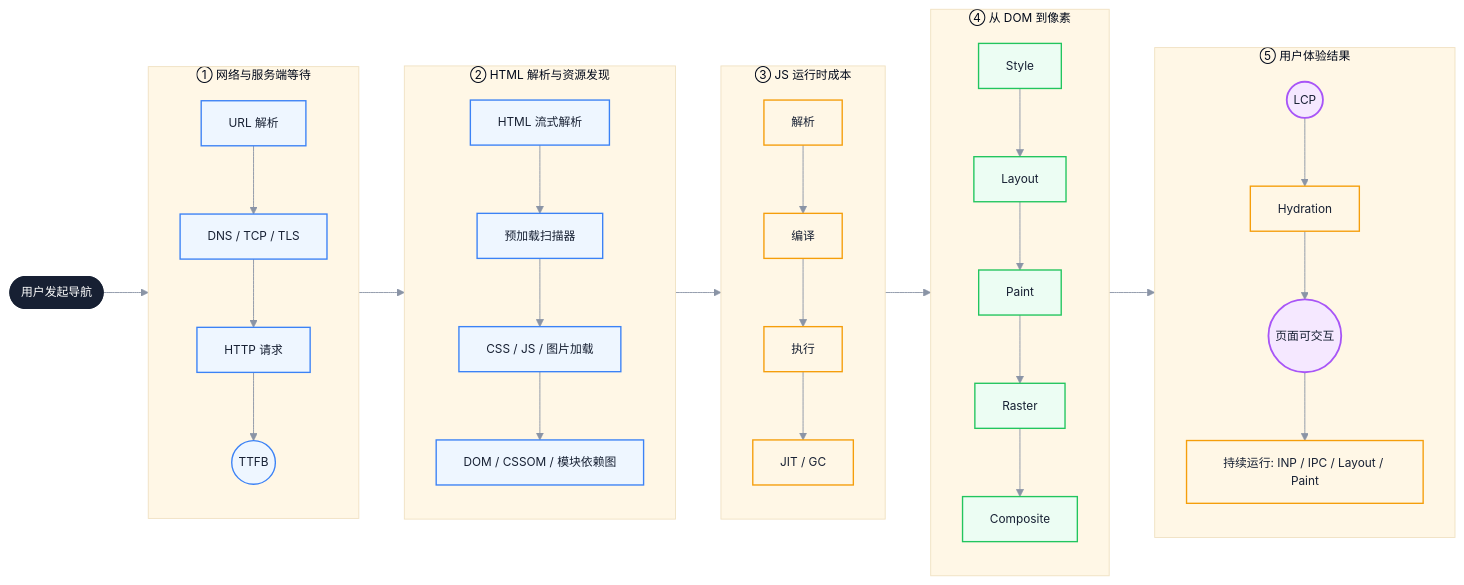
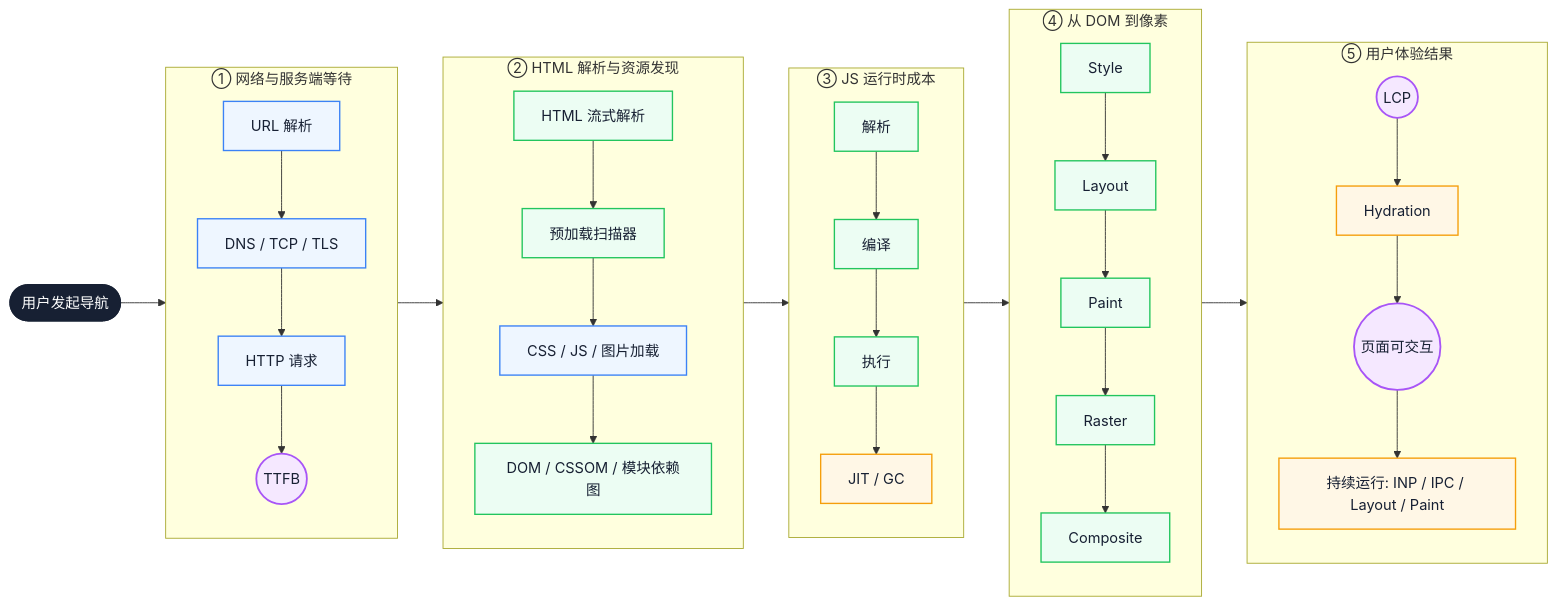
One commit to Fatejian/frontier-vault changed the first of 3 diagrams in docs/performance/critical-path.md. Above: the diagram before and after it, drawn with Mermaid. The commit also changed other lines of this file and 41 other files, not shown here.

````diff
--- a/docs/performance/critical-path.md
+++ b/docs/performance/critical-path.md
@@ -70,66 +64,64 @@
 ```mermaid
-%%{init: {'theme': 'base', 'themeVariables': { 'fontFamily': 'Inter, PingFang SC, Microsoft YaHei, sans-serif', 'primaryColor': '#EEF6FF', 'fontSize': '13px', 'primaryTextColor': '#172033', 'primaryBorderColor': '#6EA8FE', 'lineColor': '#8A94A6', 'secondaryColor': '#F7F9FC', 'tertiaryColor': '#FFF7E6'}}}%%
 flowchart LR
     Start([用户发起导航])
 
     subgraph Network["① 网络与服务端等待"]
         direction TB
         N1[URL 解析]
-        N2[DNS / TCP / TLS]
+        N2["DNS / TCP / TLS"]
         N3[HTTP 请求]
         N4((TTFB))
         N1 --> N2 --> N3 --> N4
     end
 
     subgraph Discovery["② HTML 解析与资源发现"]
         direction TB
         D1[HTML 流式解析]
         D2[预加载扫描器]
-        D3[CSS / JS / 图片加载]
-        D4[DOM / CSSOM / 模块依赖图]
+        D3["CSS / JS / 图片加载"]
+        D4["DOM / CSSOM / 模块依赖图"]
         D1 --> D2 --> D3 --> D4
     end
 
-    subgraph Runtime[③ JS 运行时成本]
+    subgraph Runtime["③ JS 运行时成本"]
         direction TB
         R1[解析]
         R2[编译]
         R3[执行]
-        R4[JIT / GC]
+        R4["JIT / GC"]
         R1 --> R2 --> R3 --> R4
     end
 
     subgraph Render["④ 从 DOM 到像素"]
         direction TB
         P1[Style]
         P2[Layout]
         P3[Paint]
         P4[Raster]
         P5[Composite]
         P1 --> P2 --> P3 --> P4 --> P5
     end
 
     subgraph Experience["⑤ 用户体验结果"]
         direction TB
         E1((LCP))
         E2[Hydration]
         E3((页面可交互))
         E4["持续运行: INP / IPC / Layout / Paint"]
         E1 --> E2 --> E3 --> E4
     end
 
     Start --> Network --> Discovery --> Runtime --> Render --> Experience
 
-    classDef start fill:#172033,color:#fff,stroke:#172033,stroke-width:2px;
+    classDef core fill:#172033,color:#fff,stroke:#172033,stroke-width:2px;
     classDef wait fill:#EEF6FF,stroke:#3B82F6,color:#172033,stroke-width:1.5px;
     classDef block fill:#FFF7E6,stroke:#F59E0B,color:#172033,stroke-width:1.5px;
     classDef work fill:#ECFDF3,stroke:#22C55E,color:#172033,stroke-width:1.5px;
     classDef metric fill:#F5E8FF,stroke:#A855F7,color:#172033,stroke-width:2px;
 
-    class Start start;
-    class N1,N2,N3,N4,D1,D2,D3,D4 wait;
-    class R1,R2,R3,R4 block;
-    class P1,P2,P3,P4,P5 work;
-    class E1,E3 metric;
-    class E2,E4 block;
+    class Start core;
+    class N1,N2,N3,D3 wait;
+    class N4,E1,E3 metric;
+    class R4,E2,E4 block;
+    class D1,D2,D4,R1,R2,R3,P1,P2,P3,P4,P5 work;
 ```
````
